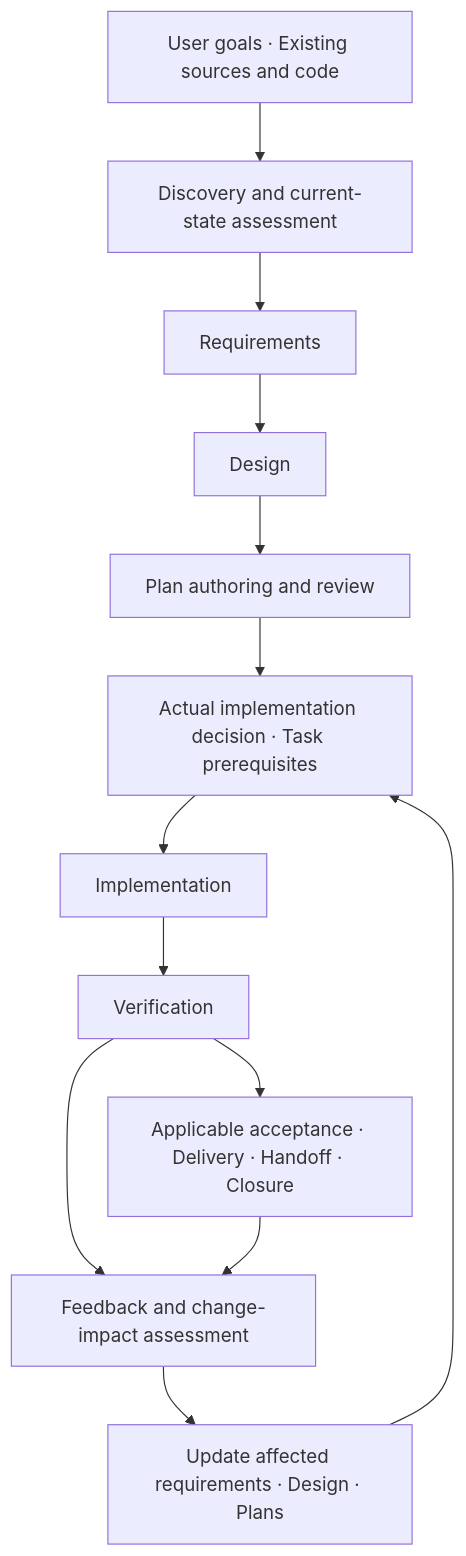
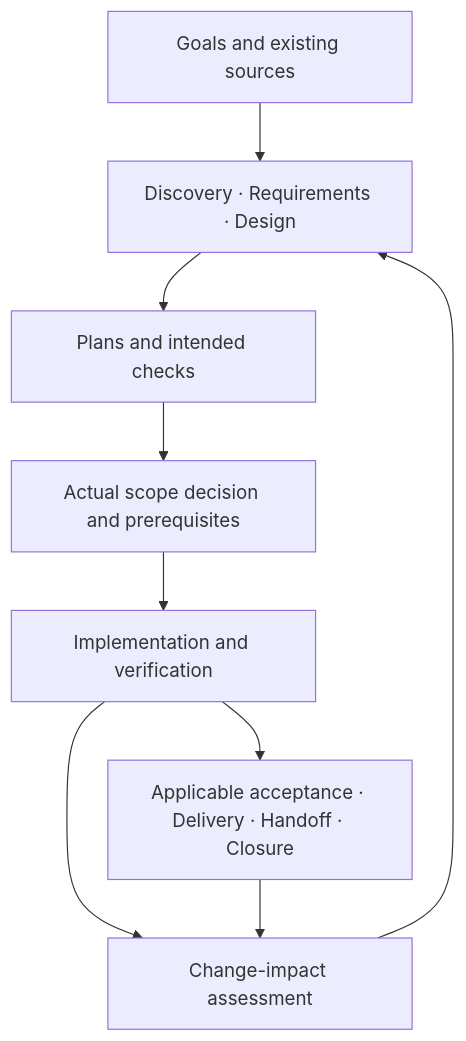
The diagram in README.en.md (exoluse/project_harness), drawn with Mermaid before and after one commit. The commit also changed other lines of this file and 1 other file, not shown here.

First line of the commit message:
docs: rewrite both READMEs around current document conventions

````diff
--- a/README.en.md
+++ b/README.en.md
@@ -132,15 +191,11 @@
 ```mermaid
 flowchart TD
-    A["User goals · Existing sources and code"] --> B["Discovery and current-state assessment"]
-    B --> C["Requirements"]
-    C --> D["Design"]
-    D --> E["Plan authoring and review"]
-    E --> F["Actual implementation decision · Task prerequisites"]
-    F --> G["Implementation"]
-    G --> H["Verification"]
-    H --> I["Applicable acceptance · Delivery · Handoff · Closure"]
-    H --> J["Feedback and change-impact assessment"]
-    I --> J
-    J --> K["Update affected requirements · Design · Plans"]
-    K --> F
+    A["Goals and existing sources"] --> B["Discovery · Requirements · Design"]
+    B --> C["Plans and intended checks"]
+    C --> D["Actual scope decision and prerequisites"]
+    D --> E["Implementation and verification"]
+    E --> F["Applicable acceptance · Delivery · Handoff · Closure"]
+    E --> G["Change-impact assessment"]
+    F --> G
+    G --> B
 ```
````
